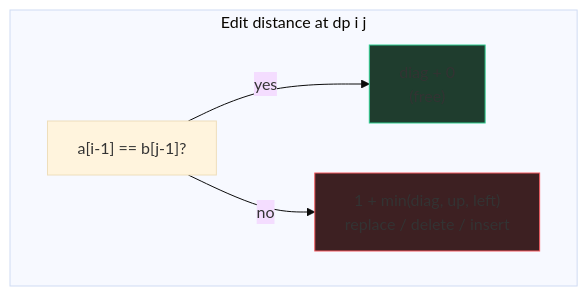
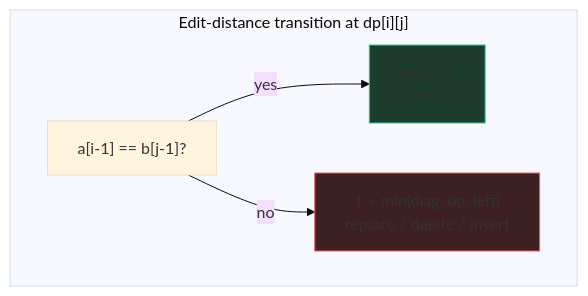
Before and after one commit to arrowassassin/kayan-code: the second of 2 diagrams in study/04-dp/42-2d-string-dp.mdx, drawn with Mermaid (base theme). The commit also changed other lines of this file and 5 other files, not shown here.

````diff
--- a/study/04-dp/42-2d-string-dp.mdx
+++ b/study/04-dp/42-2d-string-dp.mdx
@@ -79,9 +79,9 @@
 ```mermaid
 graph TD
-    subgraph Edit distance at dp i j
+    subgraph ED["Edit-distance transition at dp[i][j]"]
         M2["a[i-1] == b[j-1]?"] -->|yes| D2["diag + 0<br/>(free)"]
         M2 -->|no| T["1 + min(diag, up, left)<br/>replace / delete / insert"]
     end
     style D2 fill:#1f3d2e,stroke:#2ecc8f
     style T fill:#3d2022,stroke:#f4595e
 ```
````
